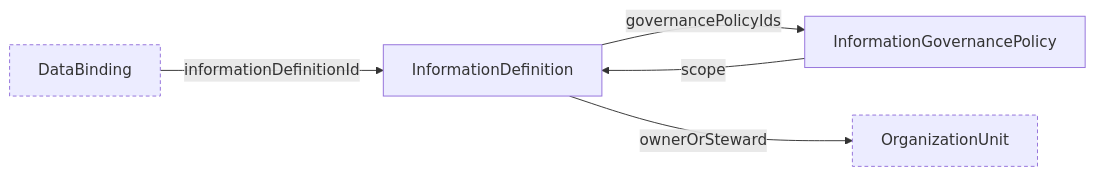
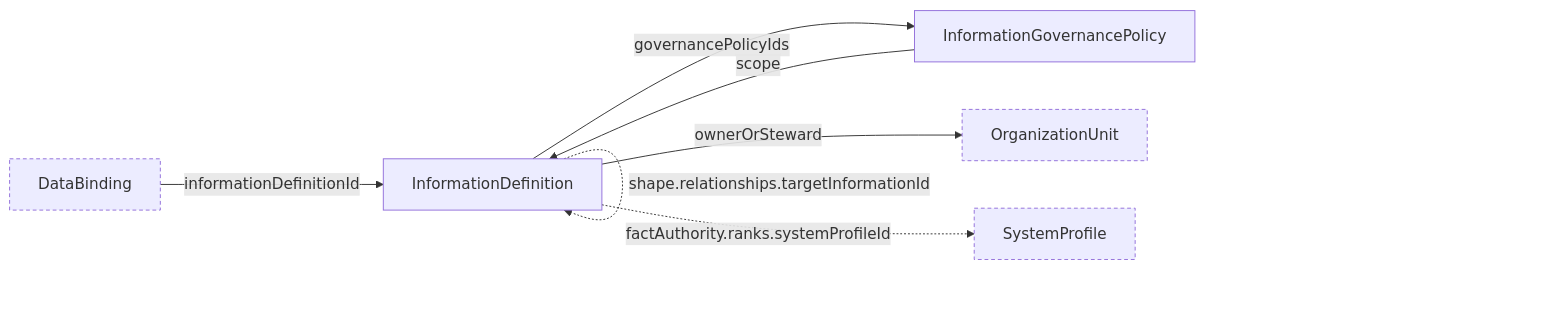
Before and after one commit to nauticana/charter: the diagram in schema/information/README.md, drawn with Mermaid. The commit also changed other lines of this file and 154 other files, not shown here.

Commit message:
Typed information, machine-checkable conditions, fact authority, partial effects, and derivation provenance

````diff
--- a/schema/information/README.md
+++ b/schema/information/README.md
@@ -9,10 +9,12 @@
 ```mermaid
 flowchart LR
     InformationDefinition -->|governancePolicyIds| InformationGovernancePolicy
     InformationGovernancePolicy -->|scope| InformationDefinition
     InformationDefinition -->|ownerOrSteward| OrganizationUnit
     DataBinding -->|informationDefinitionId| InformationDefinition
+    InformationDefinition -.->|shape.relationships.targetInformationId| InformationDefinition
+    InformationDefinition -.->|factAuthority.ranks.systemProfileId| SystemProfile
 
     classDef ext stroke-dasharray: 4 3
-    class OrganizationUnit,DataBinding ext
+    class OrganizationUnit,DataBinding,SystemProfile ext
 ```
````
